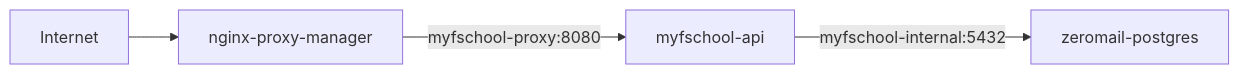
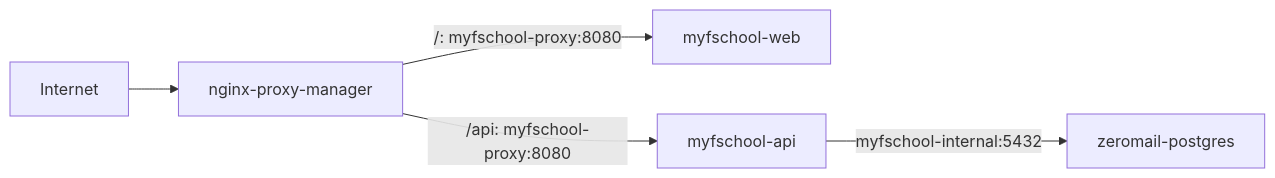
One commit to kl3inIT/myfschoolse1913 changed the diagram in docs/increments/active/2026-07-16-backend-vps-deploy/design.md. Above: the diagram before and after it, drawn with Mermaid. The commit also changed other lines of this file and 6 other files, not shown here.

````diff
--- a/docs/increments/active/2026-07-16-backend-vps-deploy/design.md
+++ b/docs/increments/active/2026-07-16-backend-vps-deploy/design.md
@@ -11,6 +11,7 @@
 ```mermaid
 flowchart LR
   Internet --> NPM[nginx-proxy-manager]
-  NPM -->|myfschool-proxy:8080| API[myfschool-api]
+  NPM -->|/: myfschool-proxy:8080| Web[myfschool-web]
+  NPM -->|/api: myfschool-proxy:8080| API[myfschool-api]
   API -->|myfschool-internal:5432| PG[zeromail-postgres]
 ```
````
